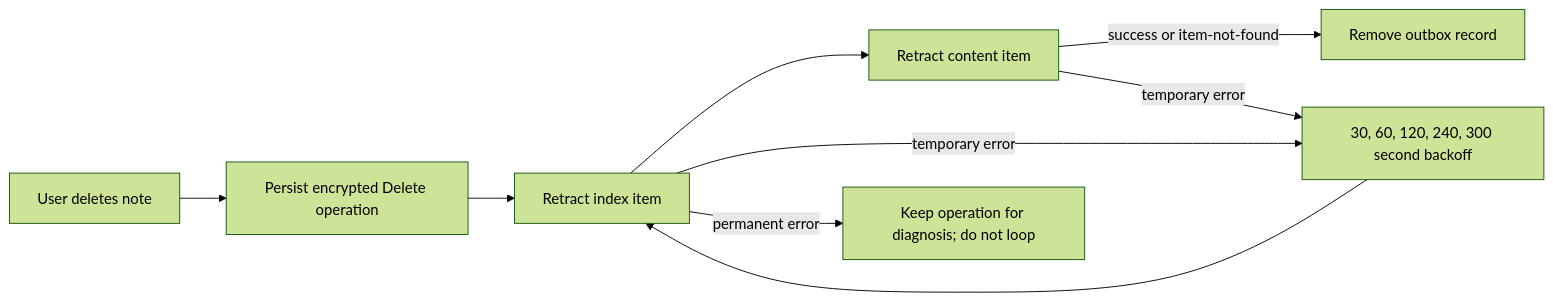
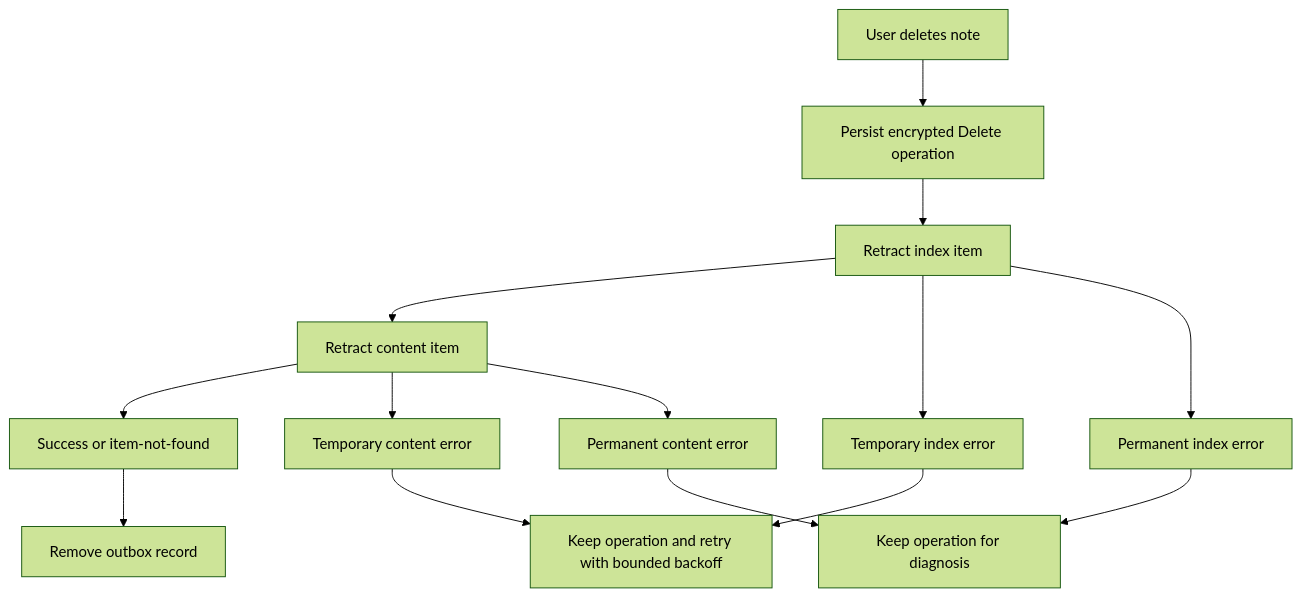
Before and after one commit to Ri0n/QtNote: the fourth of 6 diagrams in plugins/xmpppubsub/README.md, drawn with Mermaid (forest theme). The commit also changed other lines of this file, not shown here.

Commit message:
An attempt to fix github diagrams

````diff
--- a/plugins/xmpppubsub/README.md
+++ b/plugins/xmpppubsub/README.md
@@ -226,11 +231,16 @@
 ```mermaid
-flowchart LR
-    REQUEST[User deletes note] --> RECORD[Persist encrypted Delete operation]
-    RECORD --> INDEX[Retract index item]
-    INDEX --> CONTENT[Retract content item]
-    CONTENT -->|success or item-not-found| DONE[Remove outbox record]
-    INDEX -->|temporary error| RETRY[30, 60, 120, 240, 300 second backoff]
-    CONTENT -->|temporary error| RETRY
-    RETRY --> INDEX
-    INDEX -->|permanent error| HOLD[Keep operation for diagnosis; do not loop]
+graph TD;
+    REQUEST["User deletes note"] --> RECORD["Persist encrypted Delete operation"];
+    RECORD --> INDEX["Retract index item"];
+    INDEX --> CONTENT["Retract content item"];
+    CONTENT --> SUCCESS["Success or item-not-found"];
+    SUCCESS --> DONE["Remove outbox record"];
+    INDEX --> TEMP1["Temporary index error"];
+    CONTENT --> TEMP2["Temporary content error"];
+    TEMP1 --> RETRY["Keep operation and retry with bounded backoff"];
+    TEMP2 --> RETRY;
+    INDEX --> PERM1["Permanent index error"];
+    CONTENT --> PERM2["Permanent content error"];
+    PERM1 --> HOLD["Keep operation for diagnosis"];
+    PERM2 --> HOLD;
 ```
````
